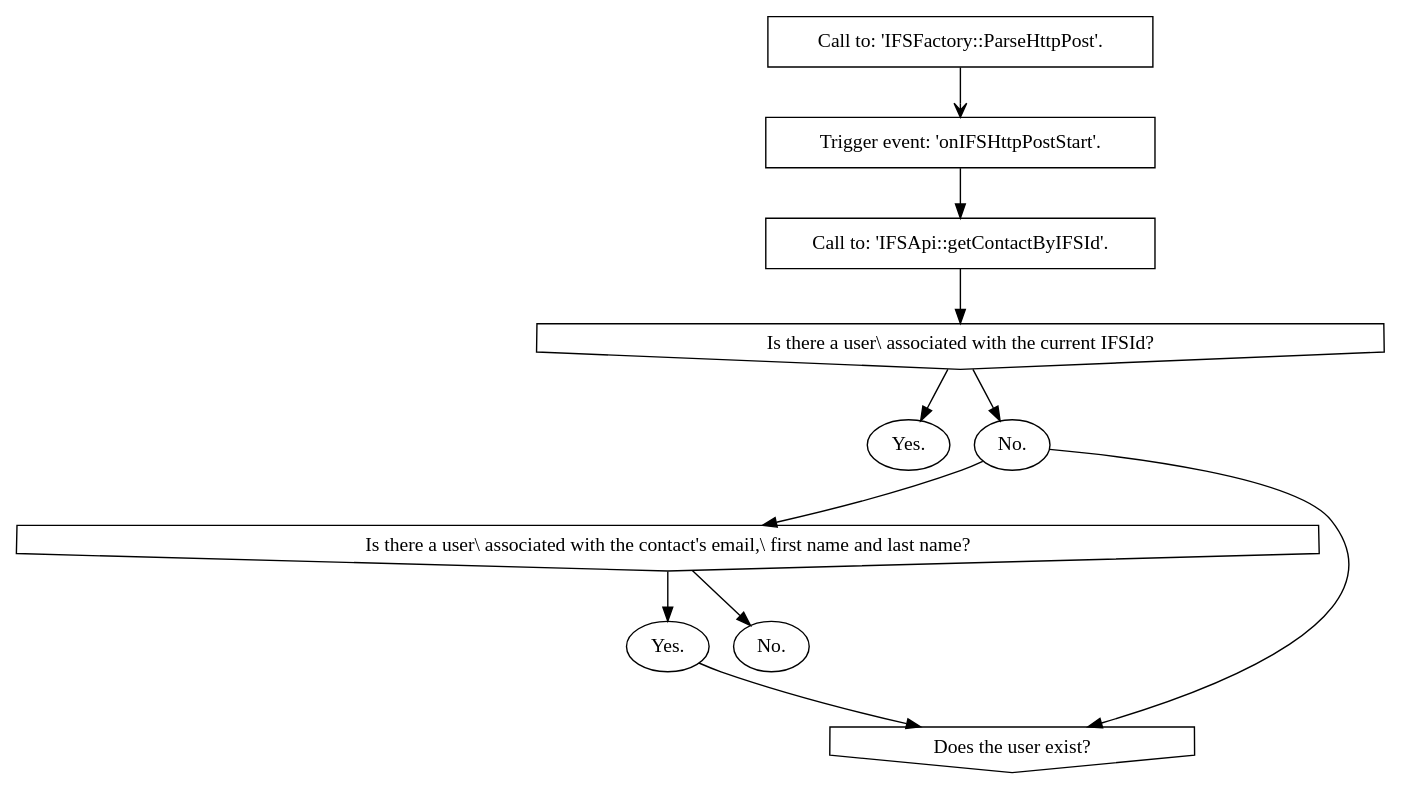
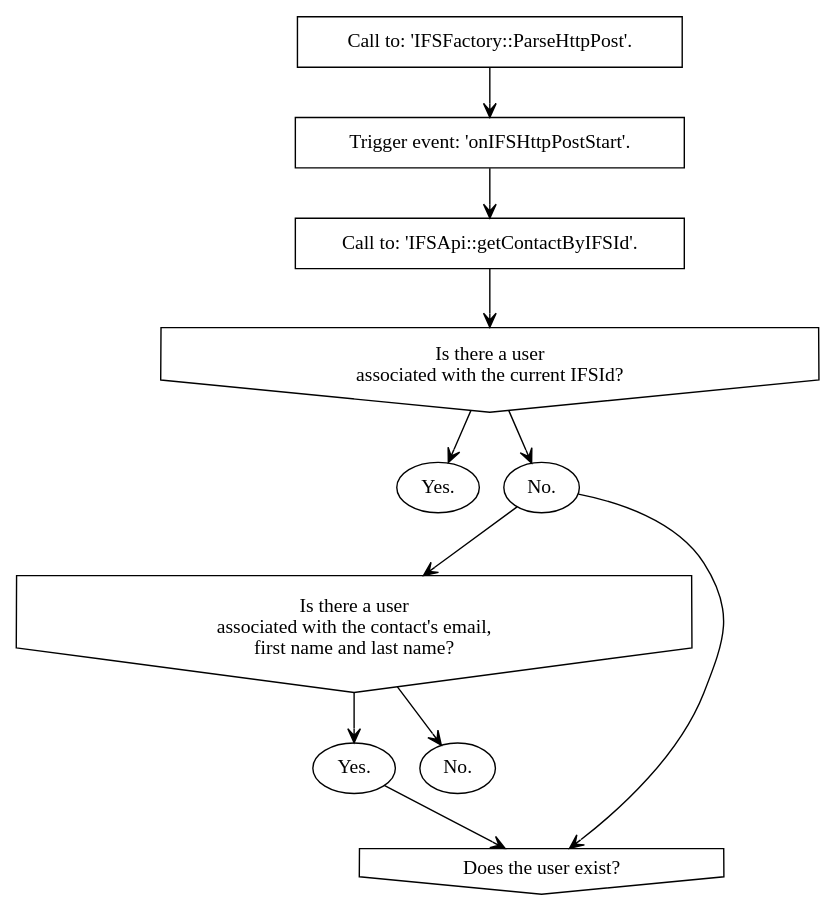
Before and after one commit to treste91/JoomFuse: the diagram in docs/procedures/register_user.rst, drawn with Graphviz.

```diff
--- a/docs/procedures/register_user.rst
+++ b/docs/procedures/register_user.rst
@@ -4,26 +4,26 @@
 .. graphviz::
 
    digraph {
    
       1 [label="Call to: 'IFSFactory::ParseHttpPost'." shape=rectangle]
       2 [label="Trigger event: 'onIFSHttpPostStart'." shape=rectangle]
       3 [label="Call to: 'IFSApi::getContactByIFSId'." shape=rectangle]
-      4 [label="Is there a user\\ associated with the current IFSId?" shape=invhouse]
+      4 [label="Is there a user\n associated with the current IFSId?" shape=invhouse]
       5 [label="Yes." shape=oval]
       6 [label="No." shape=oval]
-      7 [label="Is there a user\\ associated with the contact's email,\\ first name and last name?" shape=invhouse]
+      7 [label="Is there a user\n associated with the contact's email,\n first name and last name?" shape=invhouse]
       8 [label="Yes." shape=oval]
       9 [label="Does the user exist?" shape=invhouse]
       10 [label="No." shape=oval]
       
       1 -> 2 [arrowhead=vee arrowsize=1]
-      2 -> 3
-      3 -> 4
-      4 -> 5
-      4 -> 6
-      6 -> 7
-      7 -> 8
-      8 -> 9
-      6 -> 9
-      7 -> 10
+      2 -> 3 [arrowhead=vee arrowsize=1]
+      3 -> 4 [arrowhead=vee arrowsize=1]
+      4 -> 5 [arrowhead=vee arrowsize=1]
+      4 -> 6 [arrowhead=vee arrowsize=1]
+      6 -> 7 [arrowhead=vee arrowsize=1]
+      7 -> 8 [arrowhead=vee arrowsize=1]
+      8 -> 9 [arrowhead=vee arrowsize=1]
+      6 -> 9 [arrowhead=vee arrowsize=1]
+      7 -> 10 [arrowhead=vee arrowsize=1]
    }
```
